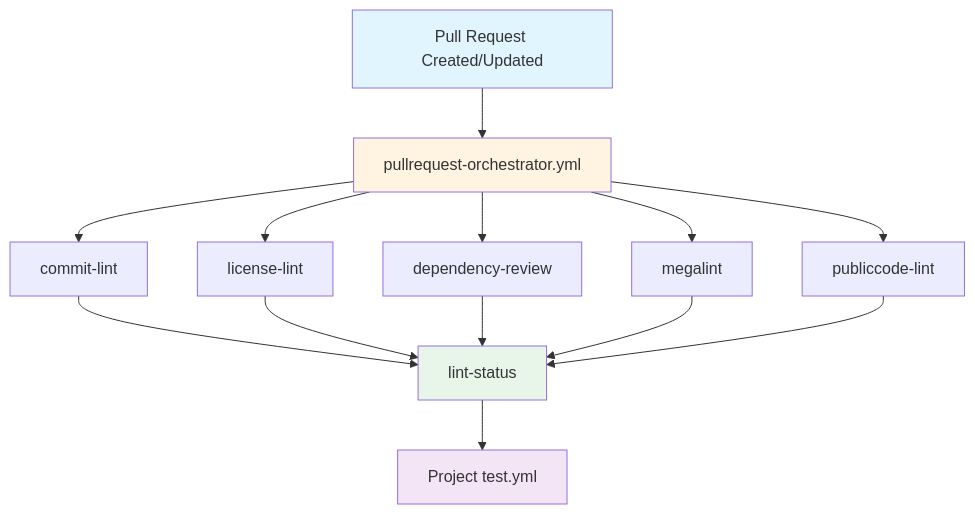
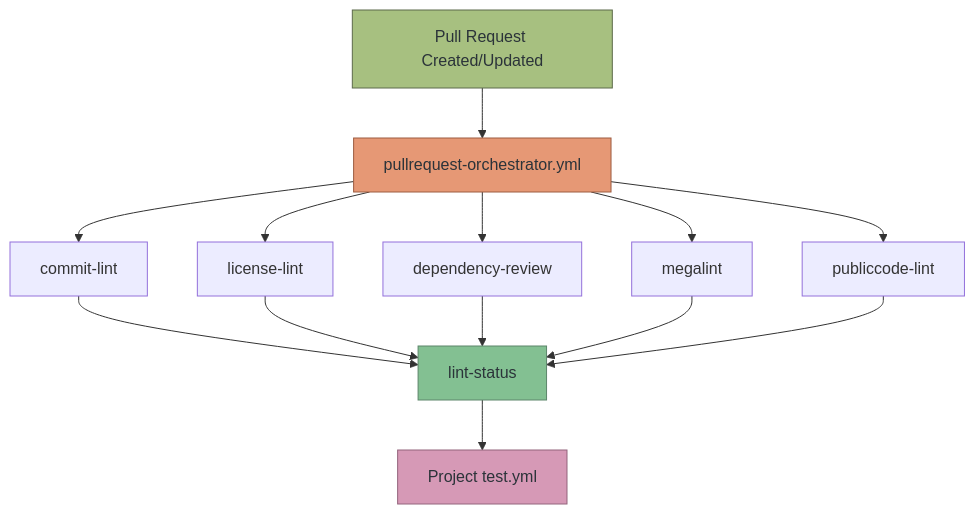
Before and after one commit to diggsweden/reusable-ci: the first of 6 diagrams in docs/workflows.md, drawn with Mermaid. The commit also changed other lines of this file and 17 other files, not shown here.

````diff
--- a/docs/workflows.md
+++ b/docs/workflows.md
@@ -25,20 +12,20 @@
 ```mermaid
 graph TD
     A[Pull Request Created/Updated] --> B[pullrequest-orchestrator.yml]
     B --> C[commit-lint]
     B --> D[license-lint]
     B --> E[dependency-review]
     B --> F[megalint]
     B --> G[publiccode-lint]
     C --> H[lint-status]
     D --> H
     E --> H
     F --> H
     G --> H
     H --> I[Project test.yml]
 
-    style A fill:#e1f5ff
-    style B fill:#fff4e1
-    style H fill:#e8f5e9
-    style I fill:#f3e5f5
+    style A fill:#a7c080,stroke:#5c6a4a,color:#2b3339
+    style B fill:#e69875,stroke:#9d5c41,color:#2b3339
+    style H fill:#83c092,stroke:#5c856a,color:#2b3339
+    style I fill:#d699b6,stroke:#93647c,color:#2b3339
 ```
````
